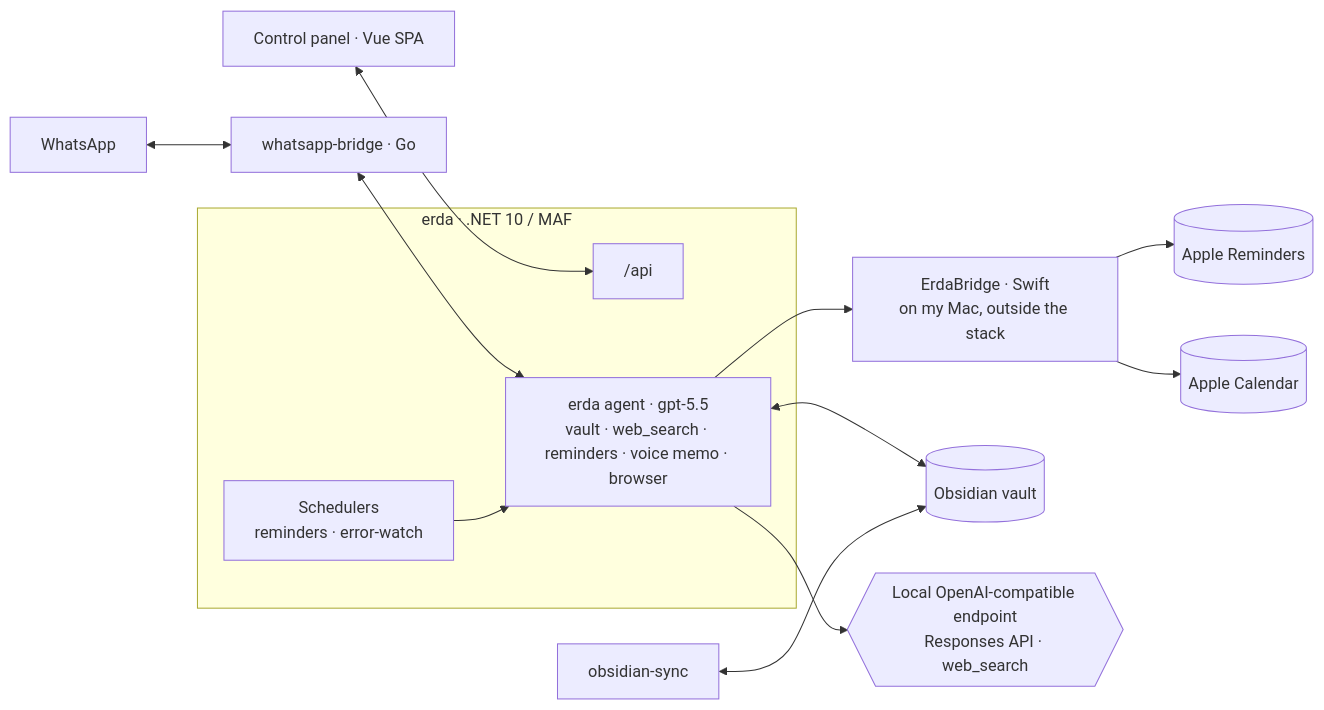
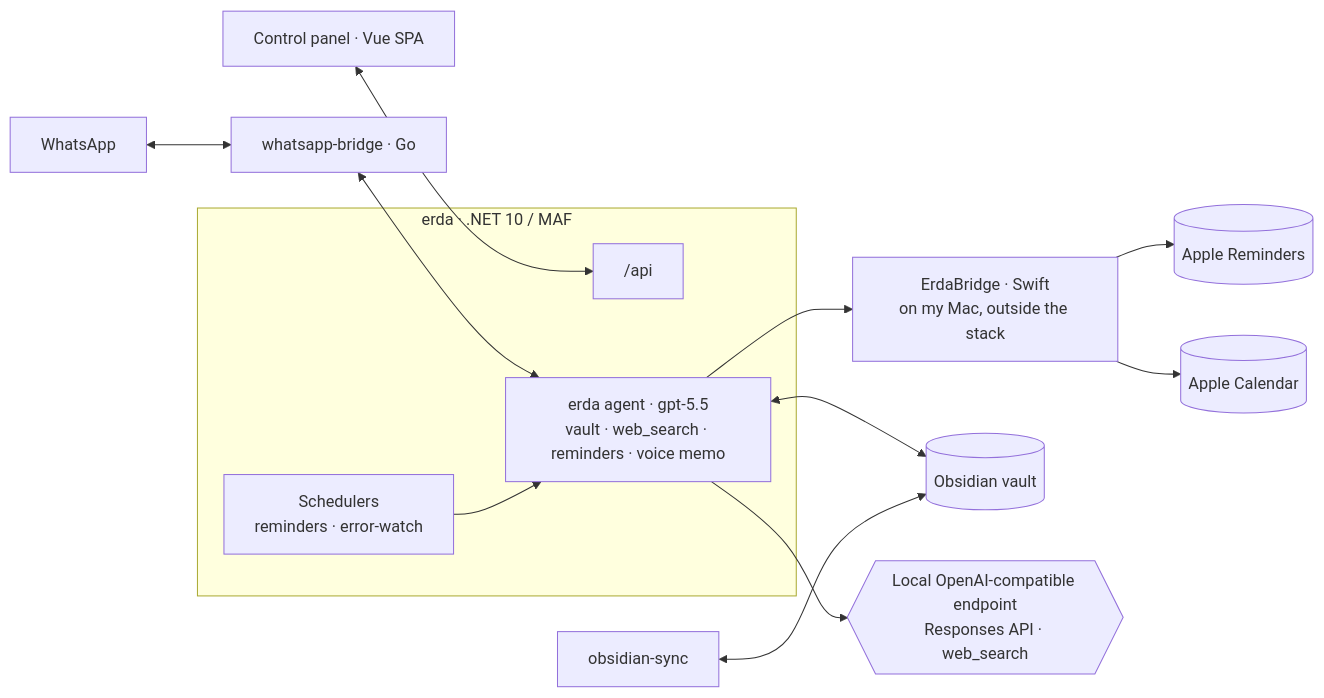
The diagram in README.md (philphilphil/Erda), drawn with Mermaid before and after one commit. The commit also changed other lines of this file and 45 other files, not shown here.

````diff
--- a/README.md
+++ b/README.md
@@ -53,20 +51,20 @@
 ```mermaid
 flowchart LR
     wa["WhatsApp"] <--> bridge["whatsapp-bridge · Go"]
     panel["Control panel · Vue SPA"] <--> api["/api"]
 
     subgraph erda["erda · .NET 10 / MAF"]
-      agent["erda agent · gpt-5.5<br/>vault · web_search · reminders · voice memo · browser"]
+      agent["erda agent · gpt-5.5<br/>vault · web_search · reminders · voice memo"]
       sched["Schedulers<br/>reminders · error-watch"]
       api
     end
 
     bridge <--> agent
     sched --> agent
     agent --> mac["ErdaBridge · Swift<br/>on my Mac, outside the stack"]
     mac --> ek[("Apple Reminders")]
     mac --> cal[("Apple Calendar")]
     agent <--> vault[("Obsidian vault")]
     sync["obsidian-sync"] <--> vault
     agent --> endpoint{{"Local OpenAI-compatible endpoint<br/>Responses API · web_search"}}
 ```
````
